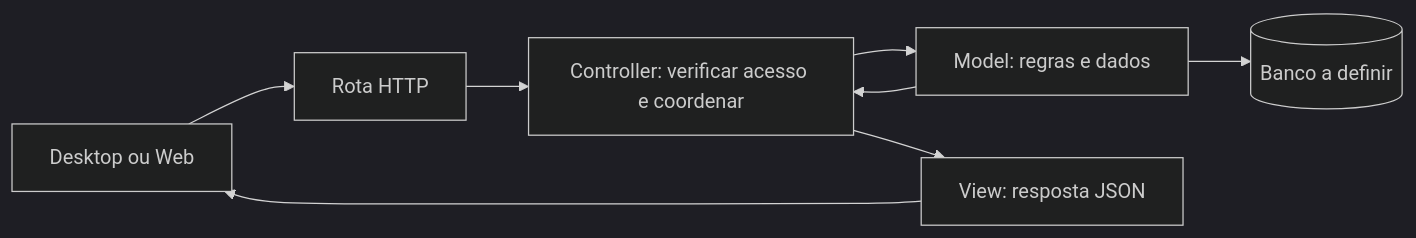
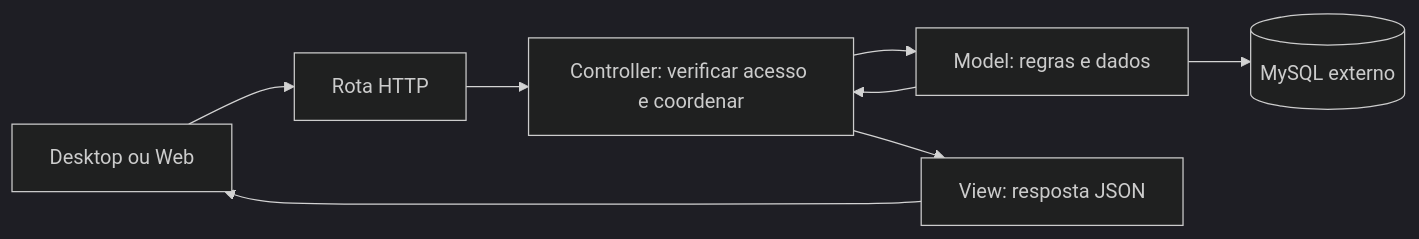
Before and after one commit to MarcosKern/ProntuarioEdu-Hospitalar: the diagram in backend/README.md, drawn with Mermaid (dark theme). The commit also changed other lines of this file and 9 other files, not shown here.

````diff
--- a/backend/README.md
+++ b/backend/README.md
@@ -22,10 +22,10 @@
 ```mermaid
 flowchart LR
     Cliente[Desktop ou Web] --> Rota[Rota HTTP]
     Rota --> Controller[Controller: verificar acesso e coordenar]
     Controller --> Model[Model: regras e dados]
-    Model --> Banco[(Banco a definir)]
+    Model --> Banco[(MySQL externo)]
     Model --> Controller
     Controller --> View[View: resposta JSON]
     View --> Cliente
 ```
````
